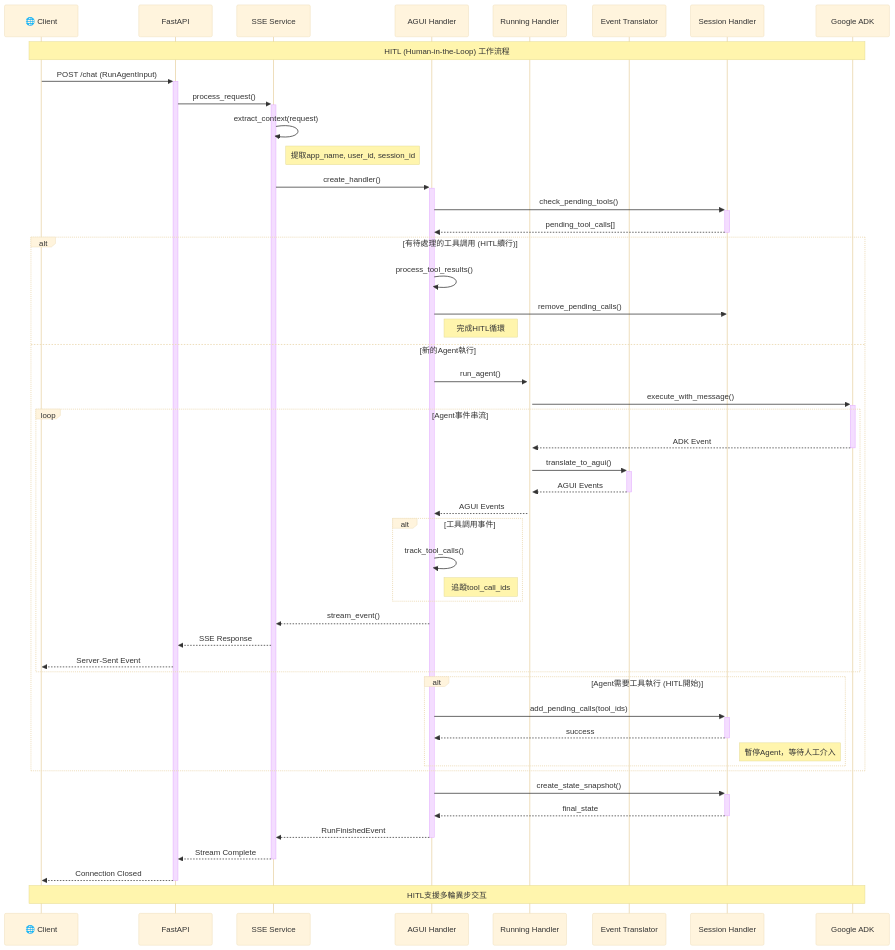
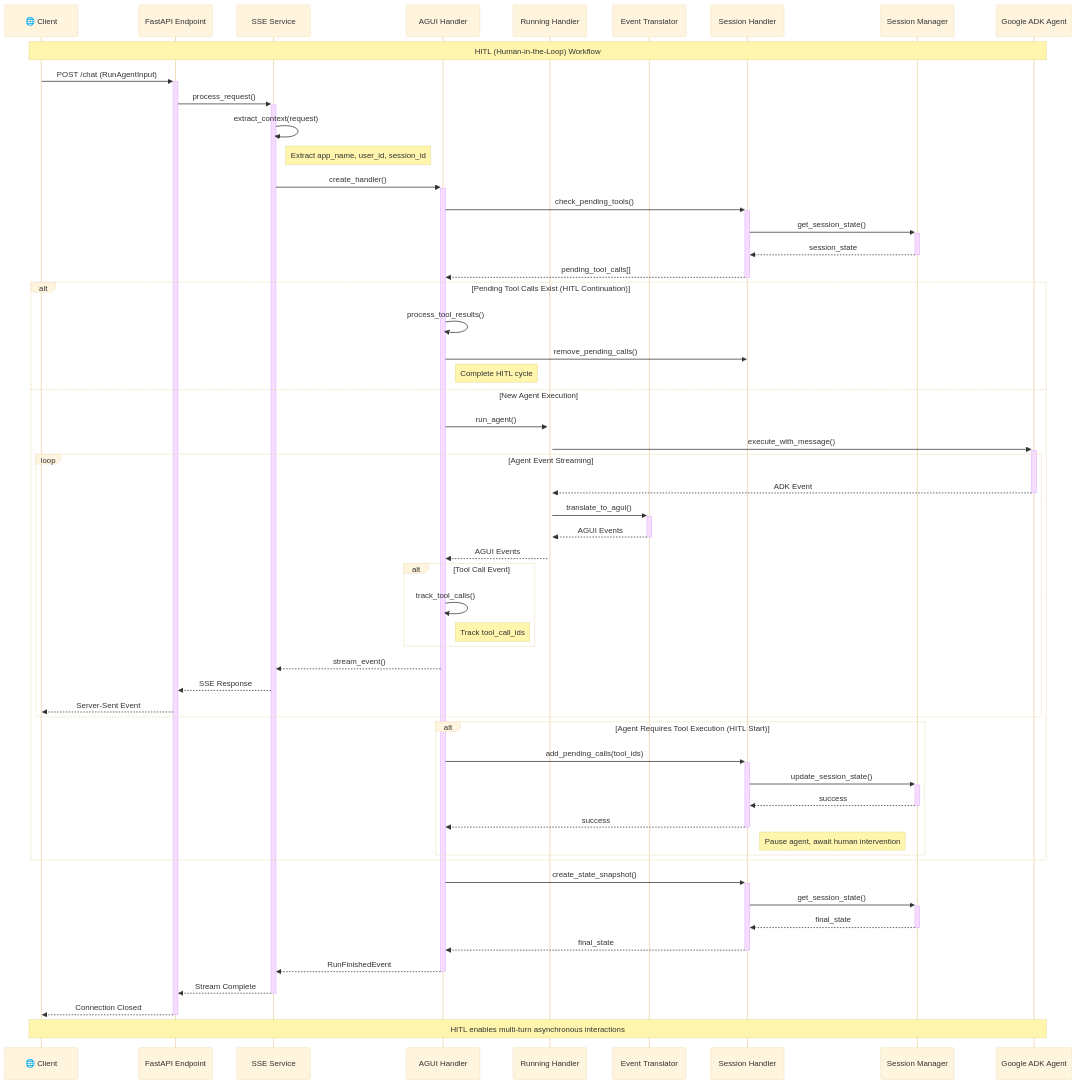
One commit to trendmicro/adk-agui-middleware changed the second of 2 diagrams in README.md. Above: the diagram before and after it, drawn with Mermaid (base theme). The commit also changed other lines of this file, not shown here.

````diff
--- a/README.md
+++ b/README.md
@@ -271,62 +273,69 @@
 ```mermaid
 sequenceDiagram
     participant C as 🌐 Client
-    participant API as FastAPI
+    participant API as FastAPI Endpoint
     participant SSE as SSE Service
     participant AGH as AGUI Handler
     participant RH as Running Handler
     participant ET as Event Translator
     participant SH as Session Handler
-    participant ADK as Google ADK
+    participant SM as Session Manager
+    participant ADK as Google ADK Agent
     
-    Note over C,ADK: HITL (Human-in-the-Loop) 工作流程
+    Note over C,ADK: HITL (Human-in-the-Loop) Workflow
     
     C->>+API: POST /chat (RunAgentInput)
     API->>+SSE: process_request()
     
     SSE->>SSE: extract_context(request)
-    Note right of SSE: 提取app_name, user_id, session_id
+    Note right of SSE: Extract app_name, user_id, session_id
     
     SSE->>+AGH: create_handler()
     AGH->>+SH: check_pending_tools()
+    SH->>+SM: get_session_state()
+    SM-->>-SH: session_state
     SH-->>-AGH: pending_tool_calls[]
     
-    alt 有待處理的工具調用 (HITL續行)
+    alt Pending Tool Calls Exist (HITL Continuation)
         AGH->>AGH: process_tool_results()
         AGH->>SH: remove_pending_calls()
-        Note right of AGH: 完成HITL循環
-    else 新的Agent執行
+        Note right of AGH: Complete HITL cycle
+    else New Agent Execution
         AGH->>+RH: run_agent()
         RH->>+ADK: execute_with_message()
         
-        loop Agent事件串流
+        loop Agent Event Streaming
             ADK-->>-RH: ADK Event
             RH->>+ET: translate_to_agui()
             ET-->>-RH: AGUI Events
             RH-->>AGH: AGUI Events
             
-            alt 工具調用事件
+            alt Tool Call Event
                 AGH->>AGH: track_tool_calls()
-                Note right of AGH: 追蹤tool_call_ids
+                Note right of AGH: Track tool_call_ids
             end
             
             AGH-->>SSE: stream_event()
             SSE-->>API: SSE Response
             API-->>C: Server-Sent Event
         end
         
-        alt Agent需要工具執行 (HITL開始)
+        alt Agent Requires Tool Execution (HITL Start)
             AGH->>+SH: add_pending_calls(tool_ids)
+            SH->>+SM: update_session_state()
+            SM-->>-SH: success
             SH-->>-AGH: success
-            Note right of SH: 暫停Agent，等待人工介入
+            Note right of SH: Pause agent, await human intervention
         end
     end
     
     AGH->>+SH: create_state_snapshot()
+    SH->>+SM: get_session_state()
+    SM-->>-SH: final_state
     SH-->>-AGH: final_state
     AGH-->>-SSE: RunFinishedEvent
     SSE-->>-API: Stream Complete
     API-->>-C: Connection Closed
     
-    Note over C,ADK: HITL支援多輪異步交互
+    Note over C,ADK: HITL enables multi-turn asynchronous interactions
 ```
````
